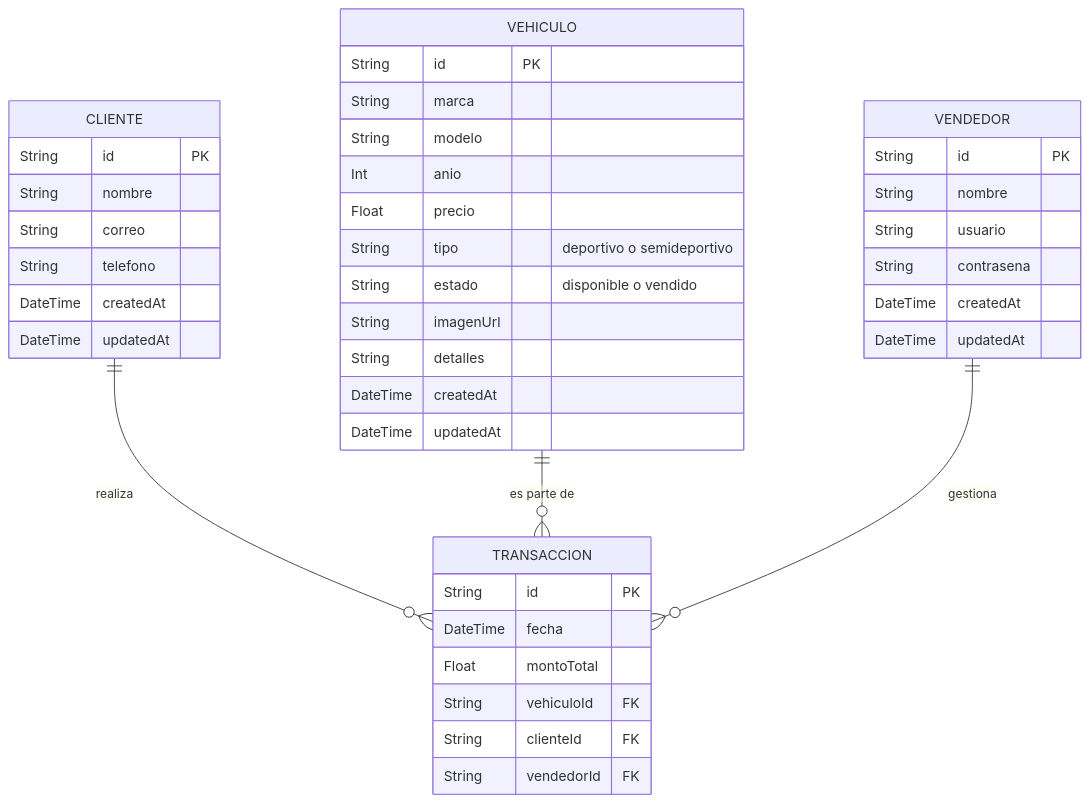
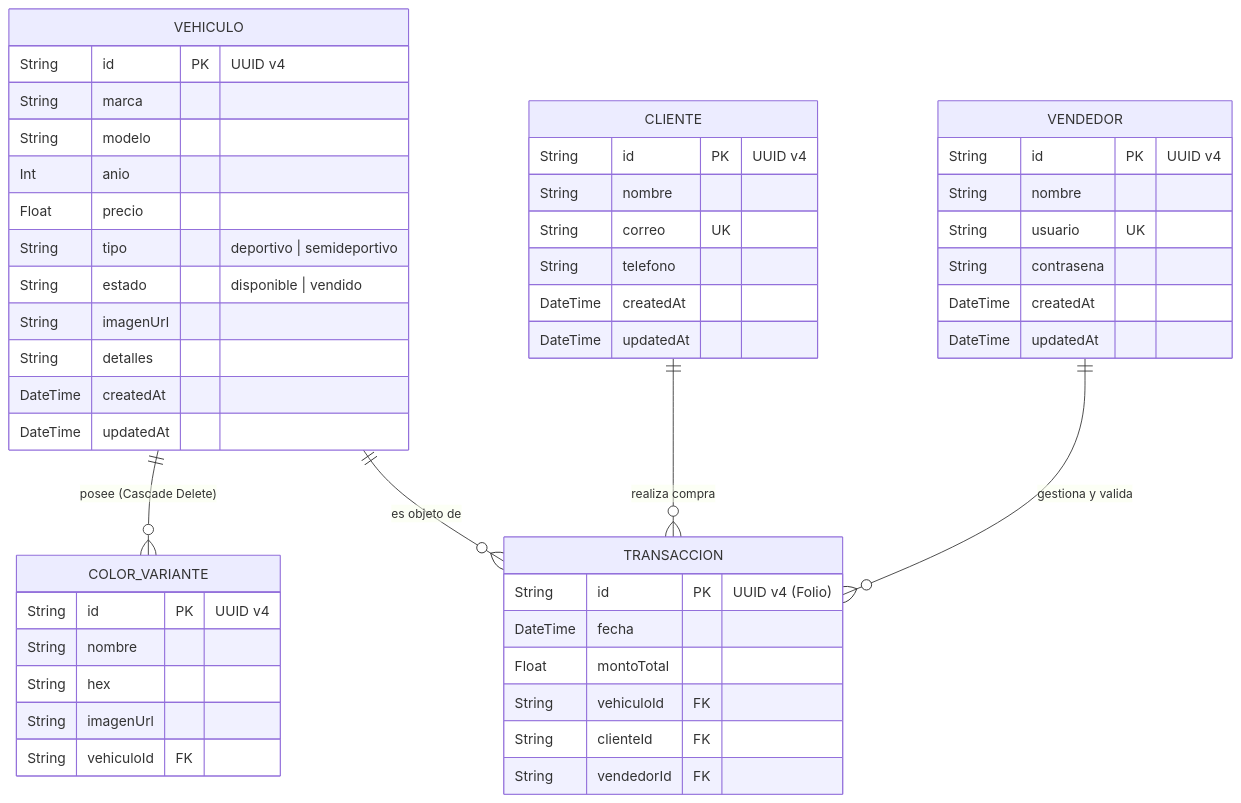
One commit to YvnPretty/LocadedCar changed the diagram in README.md. Above: the diagram before and after it, drawn with Mermaid. The commit also changed other lines of this file and 12 other files, not shown here.

````diff
--- a/README.md
+++ b/README.md
@@ -17,47 +47,56 @@
 ```mermaid
 erDiagram
     VEHICULO {
-        String id PK
+        String id PK "UUID v4"
         String marca
         String modelo
         Int anio
         Float precio
-        String tipo "deportivo o semideportivo"
-        String estado "disponible o vendido"
+        String tipo "deportivo | semideportivo"
+        String estado "disponible | vendido"
         String imagenUrl
         String detalles
         DateTime createdAt
         DateTime updatedAt
     }
     
+    COLOR_VARIANTE {
+        String id PK "UUID v4"
+        String nombre
+        String hex
+        String imagenUrl
+        String vehiculoId FK
+    }
+
     CLIENTE {
-        String id PK
+        String id PK "UUID v4"
         String nombre
-        String correo
+        String correo UK
         String telefono
         DateTime createdAt
         DateTime updatedAt
     }
     
     VENDEDOR {
-        String id PK
+        String id PK "UUID v4"
         String nombre
-        String usuario
+        String usuario UK
         String contrasena
         DateTime createdAt
         DateTime updatedAt
     }
     
     TRANSACCION {
-        String id PK
+        String id PK "UUID v4 (Folio)"
         DateTime fecha
         Float montoTotal
         String vehiculoId FK
         String clienteId FK
         String vendedorId FK
     }
     
-    CLIENTE ||--o{ TRANSACCION : "realiza"
-    VEHICULO ||--o{ TRANSACCION : "es parte de"
-    VENDEDOR ||--o{ TRANSACCION : "gestiona"
+    VEHICULO ||--o{ COLOR_VARIANTE : "posee (Cascade Delete)"
+    VEHICULO ||--o{ TRANSACCION : "es objeto de"
+    CLIENTE ||--o{ TRANSACCION : "realiza compra"
+    VENDEDOR ||--o{ TRANSACCION : "gestiona y valida"
 ```
````
